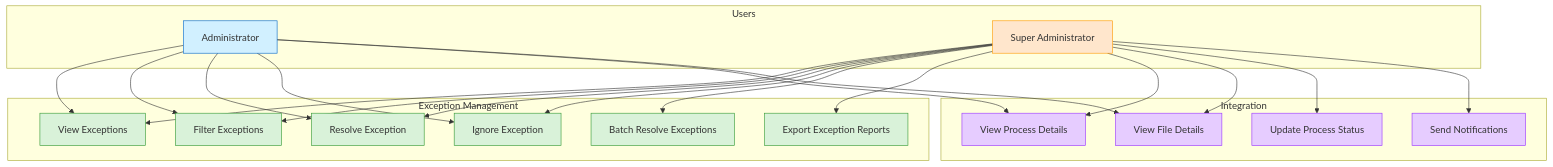
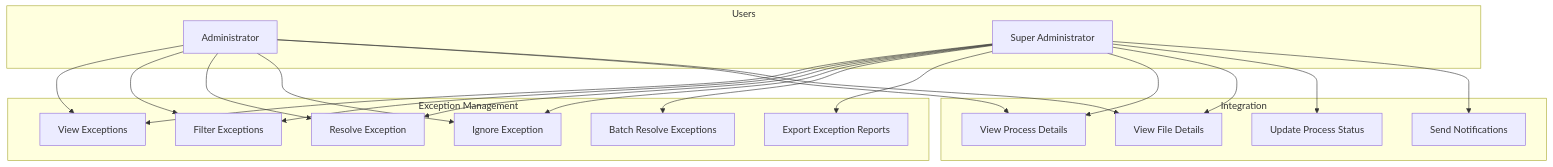
One commit to fares1919-ltrch/Backend-stage changed the first of 4 diagrams in Documentation/Exception.md. Above: the diagram before and after it, drawn with Mermaid. The commit also changed 20 other files, not shown here.

````diff
--- a/Documentation/Exception.md
+++ b/Documentation/Exception.md
@@ -9,51 +9,47 @@
 ```mermaid
 graph TD
     subgraph Users
         Admin[Administrator]
         SuperAdmin[Super Administrator]
     end
 
     subgraph Exception Management
         ViewExceptions[View Exceptions]
         FilterExceptions[Filter Exceptions]
         ResolveException[Resolve Exception]
         IgnoreException[Ignore Exception]
         BatchResolve[Batch Resolve Exceptions]
         ExportExceptions[Export Exception Reports]
     end
 
     subgraph Integration
         ViewProcessDetails[View Process Details]
         ViewFileDetails[View File Details]
         UpdateProcess[Update Process Status]
         NotifyUsers[Send Notifications]
     end
 
     Admin --> ViewExceptions
     Admin --> FilterExceptions
     Admin --> ResolveException
     Admin --> IgnoreException
     Admin --> ViewProcessDetails
     Admin --> ViewFileDetails
 
     SuperAdmin --> ViewExceptions
     SuperAdmin --> FilterExceptions
     SuperAdmin --> ResolveException
     SuperAdmin --> IgnoreException
     SuperAdmin --> BatchResolve
     SuperAdmin --> ExportExceptions
     SuperAdmin --> ViewProcessDetails
     SuperAdmin --> ViewFileDetails
     SuperAdmin --> UpdateProcess
     SuperAdmin --> NotifyUsers
 
-    classDef user fill:#d1f0ff,stroke:#0066cc
-    classDef admin fill:#ffe6cc,stroke:#ff9900
-    classDef exception fill:#d9f2d9,stroke:#339933
-    classDef integration fill:#e6ccff,stroke:#9933ff
 
     class Admin user
     class SuperAdmin admin
     class ViewExceptions,FilterExceptions,ResolveException,IgnoreException,BatchResolve,ExportExceptions exception
     class ViewProcessDetails,ViewFileDetails,UpdateProcess,NotifyUsers integration
 ```
````
